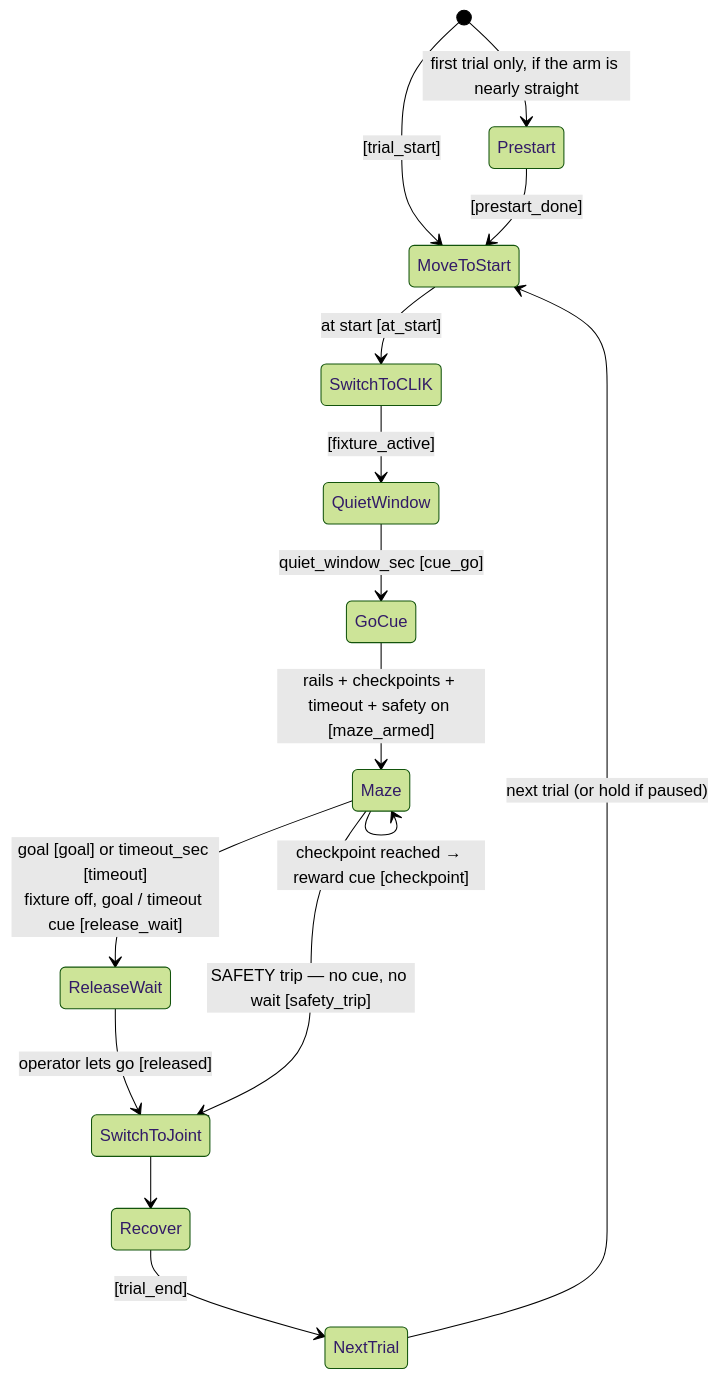
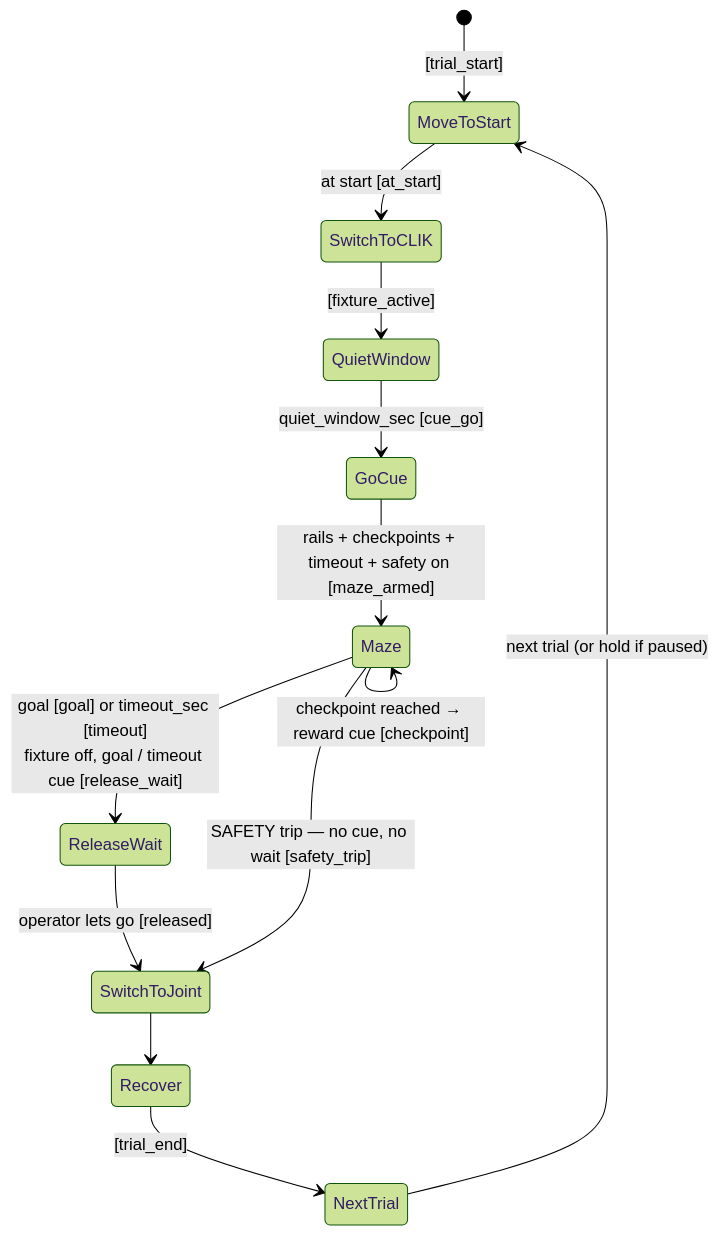
One commit to sinthlab/sinthlab-kuka-stack changed the seventh of 7 diagrams in README.md. Above: the diagram before and after it, drawn with Mermaid (forest theme). The commit also changed other lines of this file and 7 other files, not shown here.

Commit message:
changes in app for inital start postition move

````diff
--- a/README.md
+++ b/README.md
@@ -1175,17 +1184,15 @@
 ```mermaid
 stateDiagram-v2
-    [*] --> Prestart : first trial only, if the arm is nearly straight
     [*] --> MoveToStart : [trial_start]
-    Prestart --> MoveToStart : [prestart_done]
     MoveToStart --> SwitchToCLIK : at start [at_start]
     SwitchToCLIK --> QuietWindow : [fixture_active]
     QuietWindow --> GoCue : quiet_window_sec [cue_go]
     GoCue --> Maze : rails + checkpoints + timeout + safety on [maze_armed]
     Maze --> Maze : checkpoint reached → reward cue [checkpoint]
     Maze --> ReleaseWait : goal [goal] or timeout_sec [timeout]<br/>fixture off, goal / timeout cue [release_wait]
     ReleaseWait --> SwitchToJoint : operator lets go [released]
     Maze --> SwitchToJoint : SAFETY trip — no cue, no wait [safety_trip]
     SwitchToJoint --> Recover
     Recover --> NextTrial : [trial_end]
     NextTrial --> MoveToStart : next trial (or hold if paused)
 ```
````
